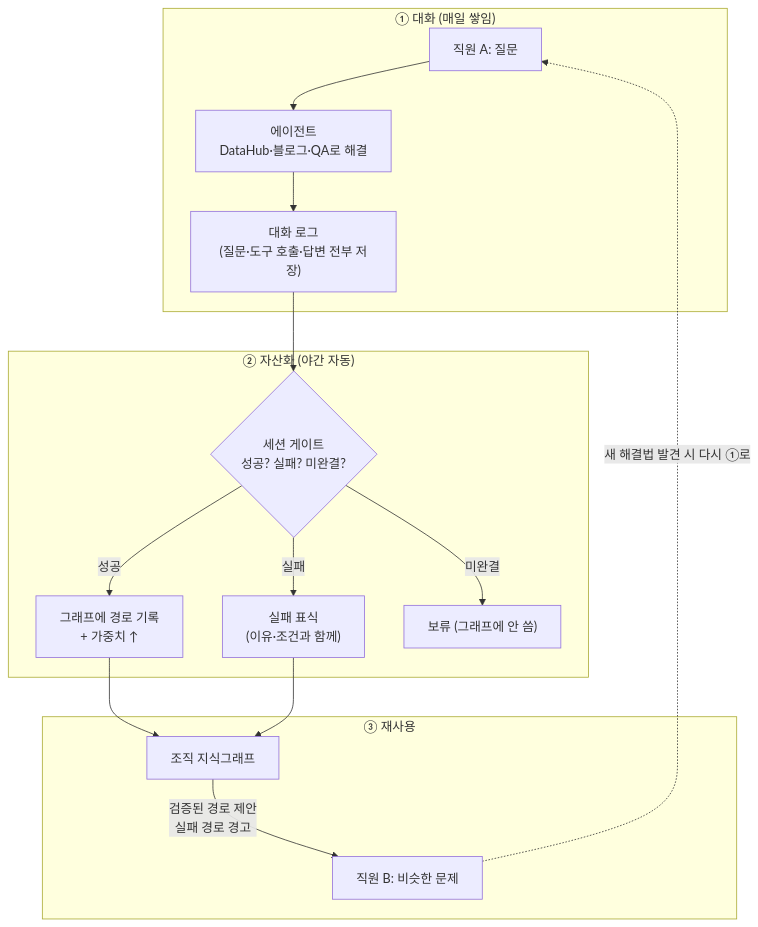
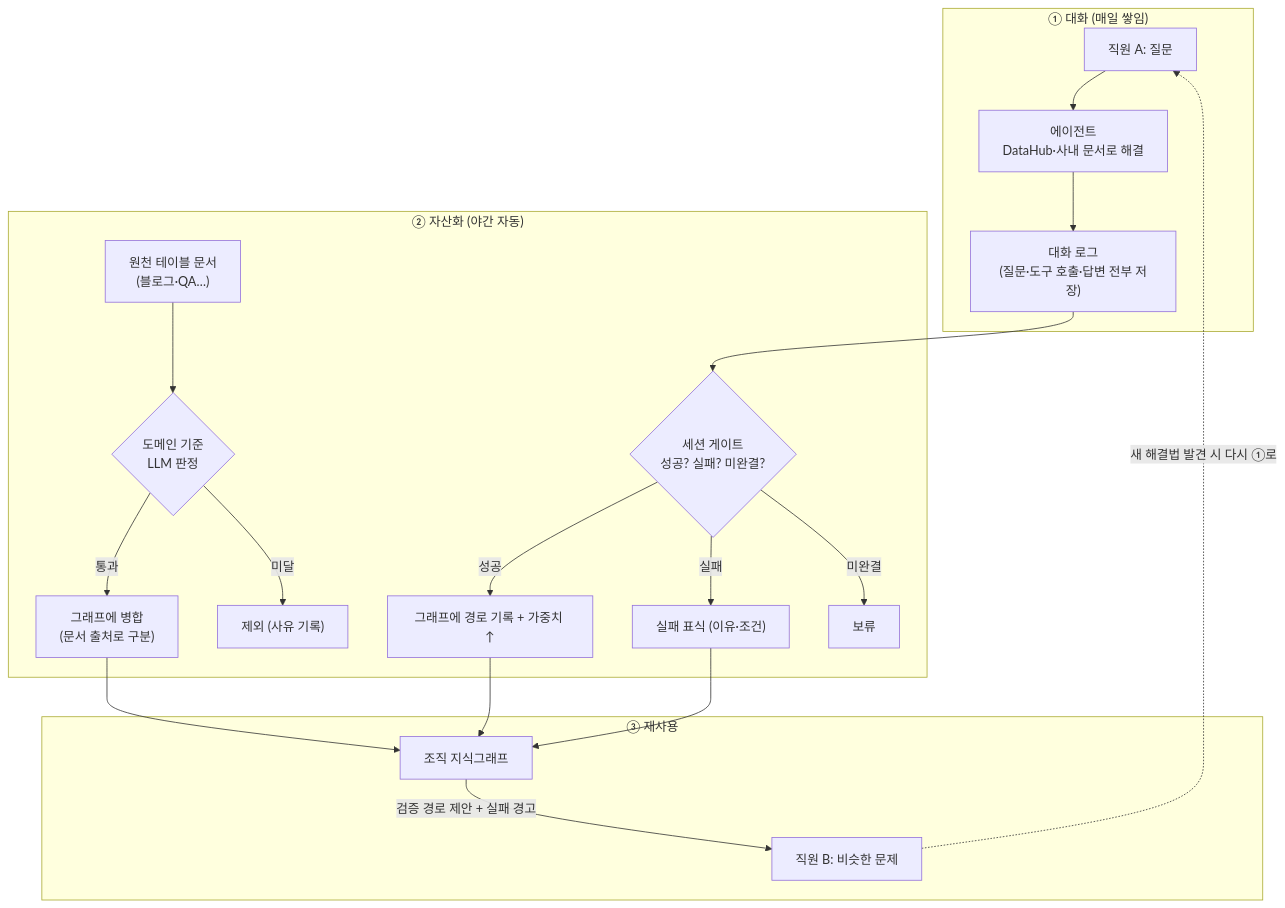
Before and after one commit to catinbox276/graph-search-chat: the diagram in docs/plan.md, drawn with Mermaid. The commit also changed other lines of this file and 3 other files, not shown here.

````diff
--- a/docs/plan.md
+++ b/docs/plan.md
@@ -186,18 +35,21 @@
 ```mermaid
 flowchart TB
     subgraph now["① 대화 (매일 쌓임)"]
-        U1["직원 A: 질문"] --> AG["에이전트<br/>DataHub·블로그·QA로 해결"]
+        U1["직원 A: 질문"] --> AG["에이전트<br/>DataHub·사내 문서로 해결"]
         AG --> LOG["대화 로그<br/>(질문·도구 호출·답변 전부 저장)"]
     end
     subgraph night["② 자산화 (야간 자동)"]
         LOG --> GATE{"세션 게이트<br/>성공? 실패? 미완결?"}
-        GATE -->|성공| W["그래프에 경로 기록<br/>+ 가중치 ↑"]
-        GATE -->|실패| F["실패 표식<br/>(이유·조건과 함께)"]
-        GATE -->|미완결| X["보류 (그래프에 안 씀)"]
+        DOC["원천 테이블 문서<br/>(블로그·QA…)"] --> JUDGE{"도메인 기준<br/>LLM 판정"}
+        GATE -->|성공| W["그래프에 경로 기록 + 가중치 ↑"]
+        GATE -->|실패| F["실패 표식 (이유·조건)"]
+        GATE -->|미완결| X["보류"]
+        JUDGE -->|통과| W2["그래프에 병합<br/>(문서 출처로 구분)"]
+        JUDGE -->|미달| X2["제외 (사유 기록)"]
     end
     subgraph reuse["③ 재사용"]
-        W & F --> KG["조직 지식그래프"]
-        KG -->|"검증된 경로 제안<br/>실패 경로 경고"| U2["직원 B: 비슷한 문제"]
+        W & F & W2 --> KG["조직 지식그래프"]
+        KG -->|"검증 경로 제안 + 실패 경고"| U2["직원 B: 비슷한 문제"]
     end
     U2 -.->|"새 해결법 발견 시 다시 ①로"| U1
 ```
````
